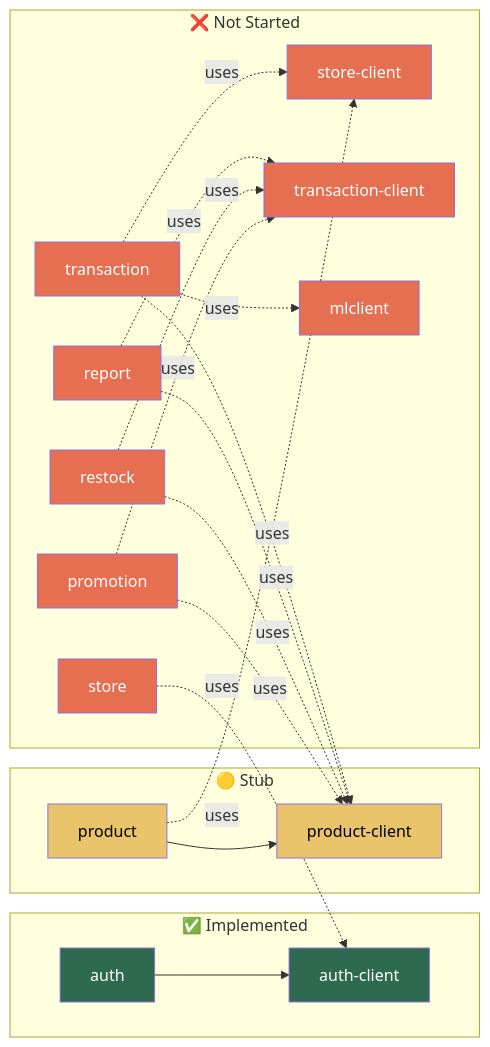
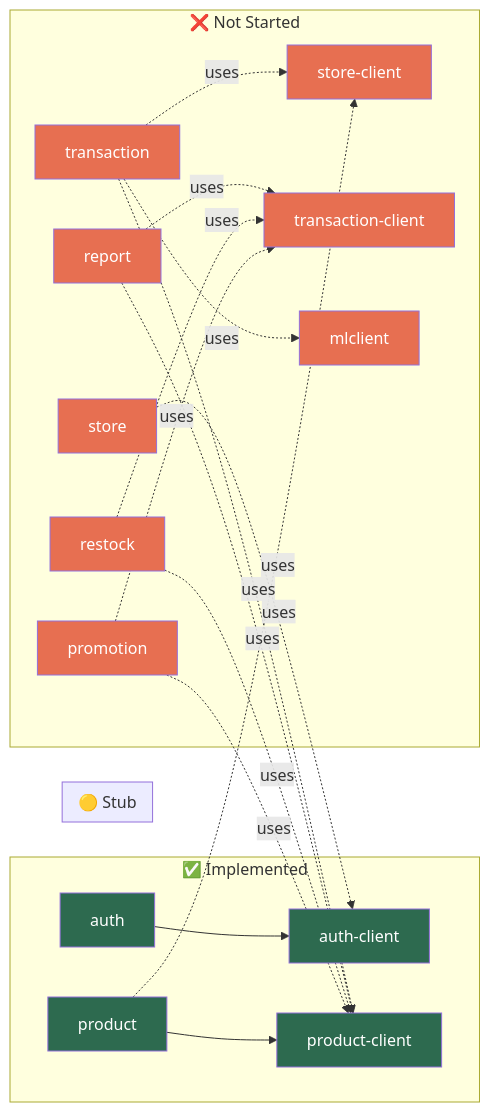
Before and after one commit to PetaFlops-web/backend-shop-smbk: the second of 10 diagrams in docs/SYSTEM_MAP.md, drawn with Mermaid. The commit also changed other lines of this file and 1 other file, not shown here.

````diff
--- a/docs/SYSTEM_MAP.md
+++ b/docs/SYSTEM_MAP.md
@@ -163,52 +163,52 @@
 ```mermaid
 graph LR
     subgraph "✅ Implemented"
         AUTH["auth"]
         AUTH_C["auth-client"]
+        PRODUCT["product"]
+        PRODUCT_C["product-client"]
     end
 
     subgraph "🟡 Stub"
-        PRODUCT["product"]
-        PRODUCT_C["product-client"]
     end
 
     subgraph "❌ Not Started"
         STORE["store"]
         STORE_C["store-client"]
         TXN["transaction"]
         TXN_C["transaction-client"]
         REPORT["report"]
         RESTOCK["restock"]
         PROMO["promotion"]
         MLC["mlclient"]
     end
 
     AUTH --> AUTH_C
     PRODUCT --> PRODUCT_C
 
     %% Planned dependencies from SDD
     STORE -.->|uses| AUTH_C
     PRODUCT -.->|uses| STORE_C
     TXN -.->|uses| STORE_C
     TXN -.->|uses| PRODUCT_C
     TXN -.->|uses| MLC
     REPORT -.->|uses| TXN_C
     REPORT -.->|uses| PRODUCT_C
     RESTOCK -.->|uses| TXN_C
     RESTOCK -.->|uses| PRODUCT_C
     PROMO -.->|uses| TXN_C
     PROMO -.->|uses| PRODUCT_C
 
     style AUTH fill:#2d6a4f,color:#fff
     style AUTH_C fill:#2d6a4f,color:#fff
-    style PRODUCT fill:#e9c46a,color:#000
-    style PRODUCT_C fill:#e9c46a,color:#000
+    style PRODUCT fill:#2d6a4f,color:#fff
+    style PRODUCT_C fill:#2d6a4f,color:#fff
     style STORE fill:#e76f51,color:#fff
     style STORE_C fill:#e76f51,color:#fff
     style TXN fill:#e76f51,color:#fff
     style TXN_C fill:#e76f51,color:#fff
     style REPORT fill:#e76f51,color:#fff
     style RESTOCK fill:#e76f51,color:#fff
     style PROMO fill:#e76f51,color:#fff
     style MLC fill:#e76f51,color:#fff
 ```
````
